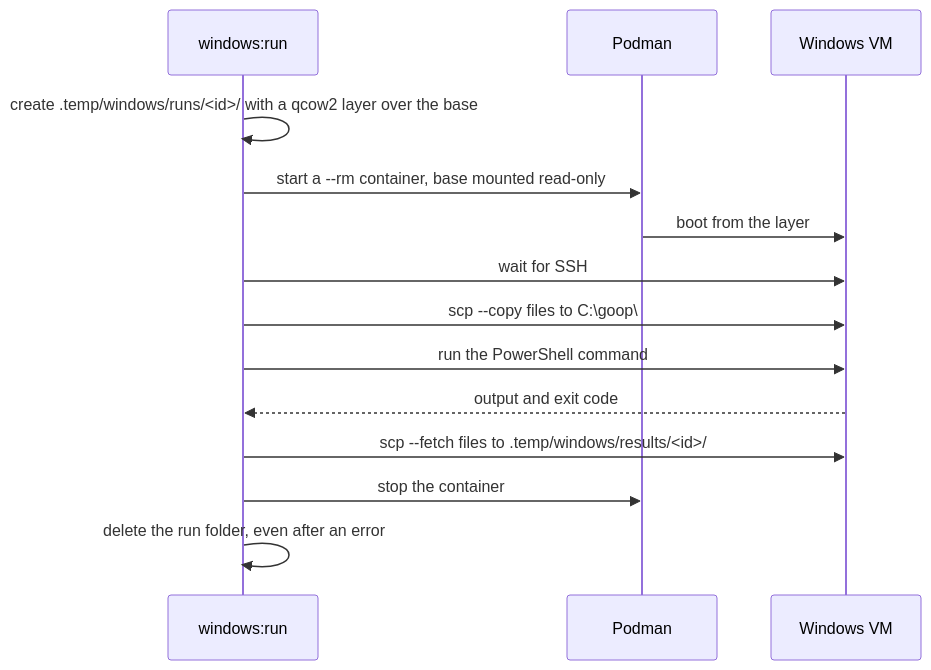
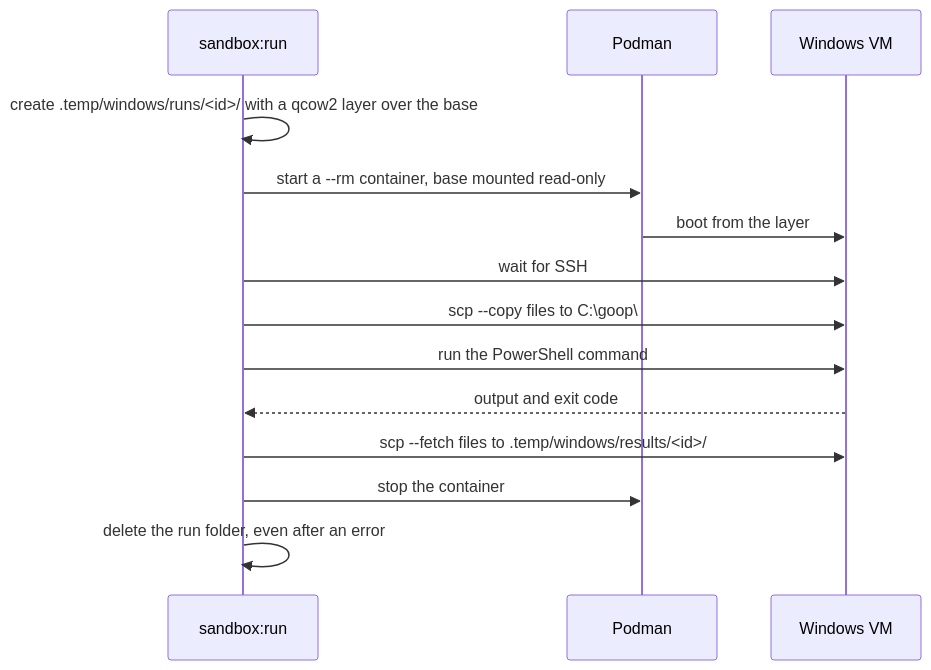
One commit to ztc0/goop changed the diagram in docs/development/windows-vm.md. Above: the diagram before and after it, drawn with Mermaid. The commit also changed other lines of this file and 32 other files, not shown here.

Commit message:
refactor(scripts): rename windows-vm to sandbox and take the target with --os

````diff
--- a/docs/development/windows-vm.md
+++ b/docs/development/windows-vm.md
@@ -42,16 +42,16 @@
 ```mermaid
 sequenceDiagram
-    participant Dev as windows:run
+    participant Dev as sandbox:run
     participant Podman
     participant VM as Windows VM
     Dev->>Dev: create .temp/windows/runs/<id>/ with a qcow2 layer over the base
     Dev->>Podman: start a --rm container, base mounted read-only
     Podman->>VM: boot from the layer
     Dev->>VM: wait for SSH
     Dev->>VM: scp --copy files to C:\goop\
     Dev->>VM: run the PowerShell command
     VM-->>Dev: output and exit code
     Dev->>VM: scp --fetch files to .temp/windows/results/<id>/
     Dev->>Podman: stop the container
     Dev->>Dev: delete the run folder, even after an error
 ```
````
